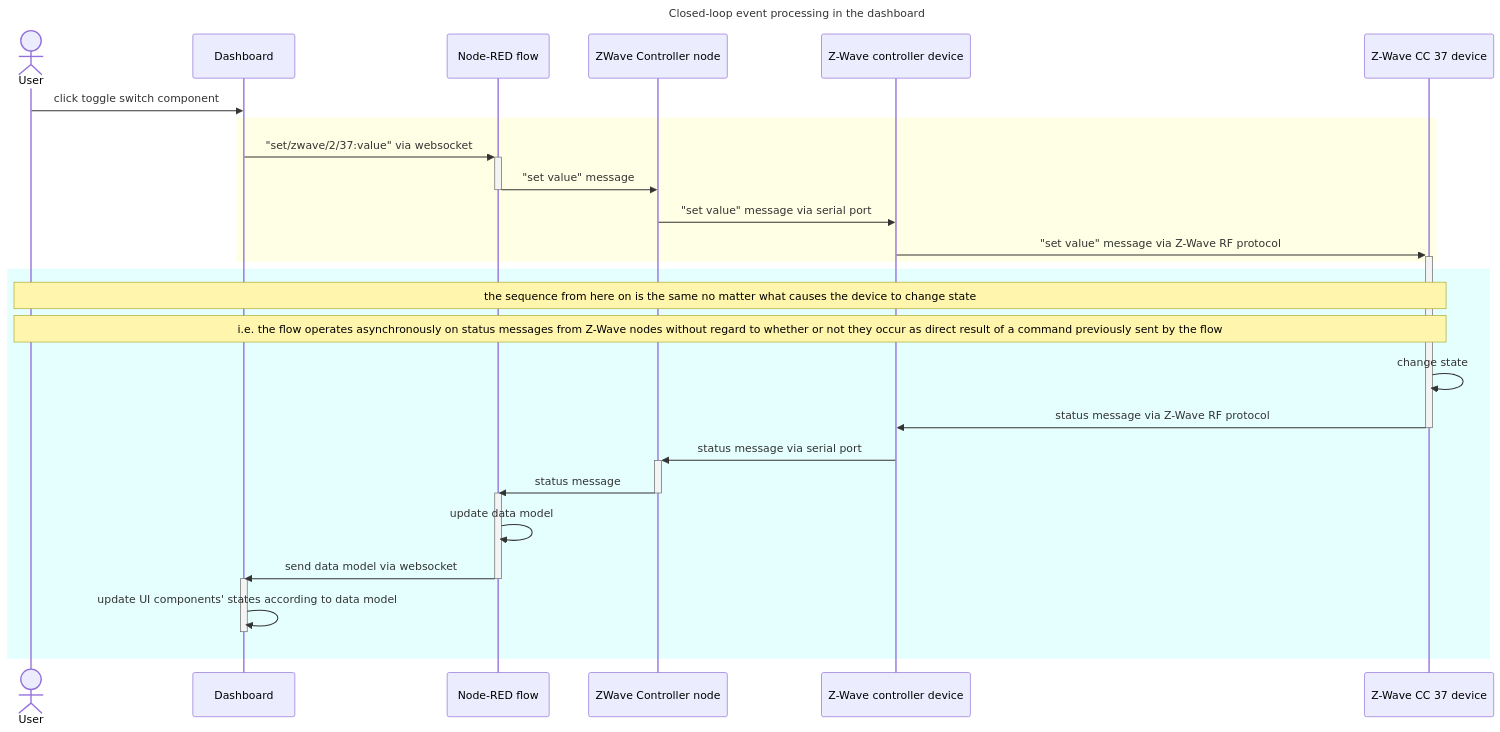
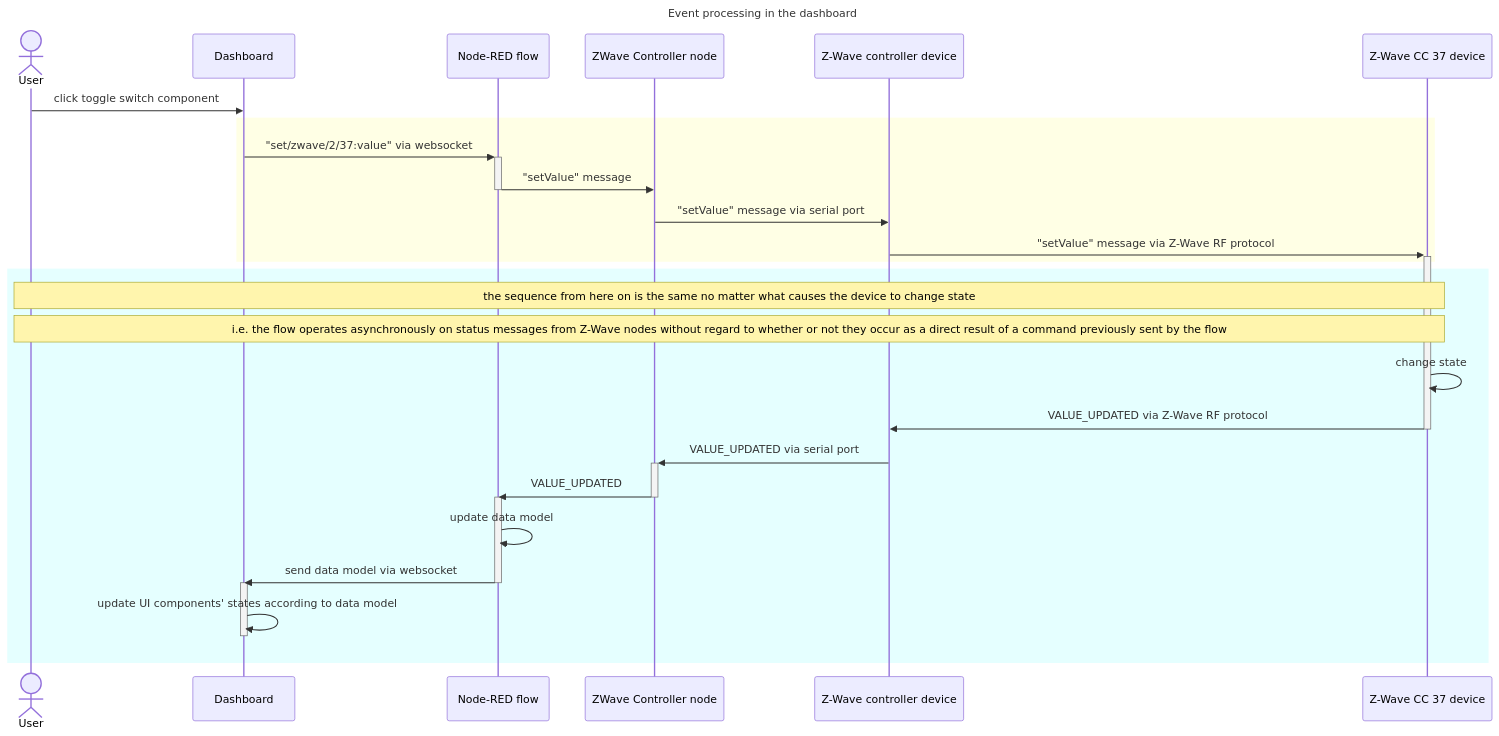
One commit to parasaurolophus/node-red-zwave-js-example changed the second of 3 diagrams in README.md. Above: the diagram before and after it, drawn with Mermaid. The commit also changed other lines of this file and 6 other files, not shown here.

Commit message:
README.md updates and flow readability and layout improvements

````diff
--- a/README.md
+++ b/README.md
@@ -305,40 +290,40 @@
 ```mermaid
 ---
-title: Closed-loop event processing in the dashboard
+title: Event processing in the dashboard
 ---
 sequenceDiagram
 
   actor user as User
   participant dashboard as Dashboard
   participant flow as Node-RED flow
   participant controllernode as ZWave Controller node
   participant dongle as Z-Wave controller device
   participant device as Z-Wave CC 37 device
 
   user ->> dashboard: click toggle switch component
 
   rect rgba(255, 255, 0, 0.1)
     dashboard ->>+ flow: "set/zwave/2/37:value" via websocket
-    flow ->>- controllernode: "set value" message
-    controllernode ->> dongle: "set value" message via serial port
-    dongle ->>+ device: "set value" message via Z-Wave RF protocol
+    flow ->>- controllernode: "setValue" message
+    controllernode ->> dongle: "setValue" message via serial port
+    dongle ->>+ device: "setValue" message via Z-Wave RF protocol
   end
 
   rect rgba(0, 255, 255, 0.1)
 
     note over user, device: the sequence from here on is the same no matter what causes the device to change state
-    note over user, device: i.e. the flow operates asynchronously on status messages from Z-Wave nodes without regard to whether or not they occur as direct result of a command previously sent by the flow
+    note over user, device: i.e. the flow operates asynchronously on status messages from Z-Wave nodes without regard to whether or not they occur as a direct result of a command previously sent by the flow
 
     device ->> device: change state
-    device ->>- dongle: status message via Z-Wave RF protocol
-    dongle ->>+ controllernode: status message via serial port
-    controllernode ->>- flow: status message
+    device ->>- dongle: VALUE_UPDATED via Z-Wave RF protocol
+    dongle ->>+ controllernode: VALUE_UPDATED via serial port
+    controllernode ->>- flow: VALUE_UPDATED
     activate flow
     flow ->> flow: update data model
     flow ->> dashboard: send data model via websocket
     deactivate flow
     activate dashboard
     dashboard ->> dashboard: update UI components' states according to data model
     deactivate dashboard
   end
 ```
````
